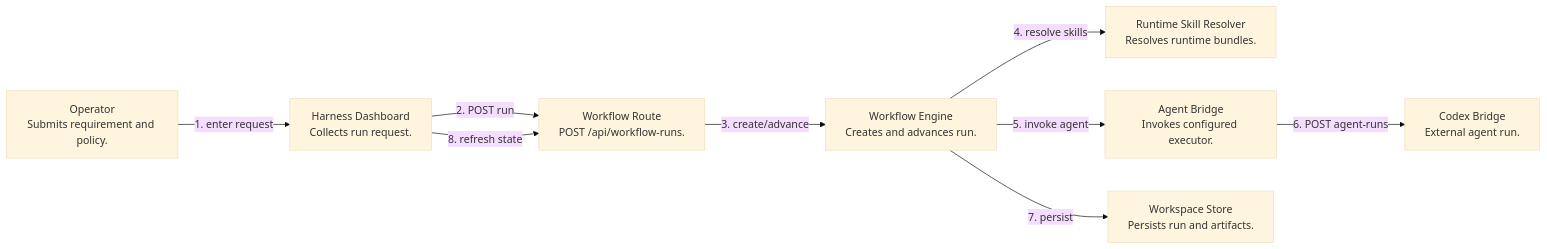
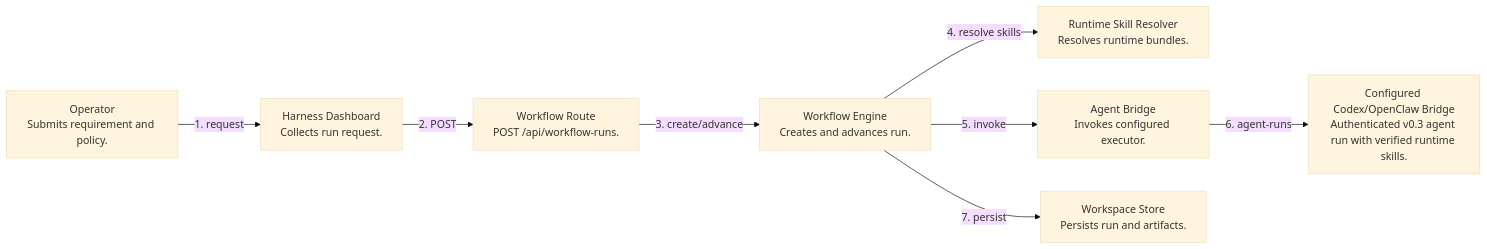
Before and after one commit to linderwu/harness-framework: the diagram in wiki/c4/diagrams/dynamic-start-workflow-run.mmd, drawn with Mermaid (base theme). The commit also changed 54 other files, not shown here.

Commit message:
Document production architecture with Ouroboros

```diff
--- a/wiki/c4/diagrams/dynamic-start-workflow-run.mmd
+++ b/wiki/c4/diagrams/dynamic-start-workflow-run.mmd
@@ -1,18 +1,17 @@
 flowchart LR
   %% Dynamic: Start Workflow Run
   operator["Operator<br/>Submits requirement and policy."]
   dashboard["Harness Dashboard<br/>Collects run request."]
   api["Workflow Route<br/>POST /api/workflow-runs."]
   engine["Workflow Engine<br/>Creates and advances run."]
   resolver["Runtime Skill Resolver<br/>Resolves runtime bundles."]
   bridge["Agent Bridge<br/>Invokes configured executor."]
   store["Workspace Store<br/>Persists run and artifacts."]
-  codex["Codex Bridge<br/>External agent run."]
-  operator -->|"1. enter request"| dashboard
-  dashboard -->|"2. POST run"| api
+  codex["Configured Codex/OpenClaw Bridge<br/>Authenticated v0.3 agent run with verified runtime skills."]
+  operator -->|"1. request"| dashboard
+  dashboard -->|"2. POST"| api
   api -->|"3. create/advance"| engine
   engine -->|"4. resolve skills"| resolver
-  engine -->|"5. invoke agent"| bridge
-  bridge -->|"6. POST agent-runs"| codex
+  engine -->|"5. invoke"| bridge
+  bridge -->|"6. agent-runs"| codex
   engine -->|"7. persist"| store
-  dashboard -->|"8. refresh state"| api
```
